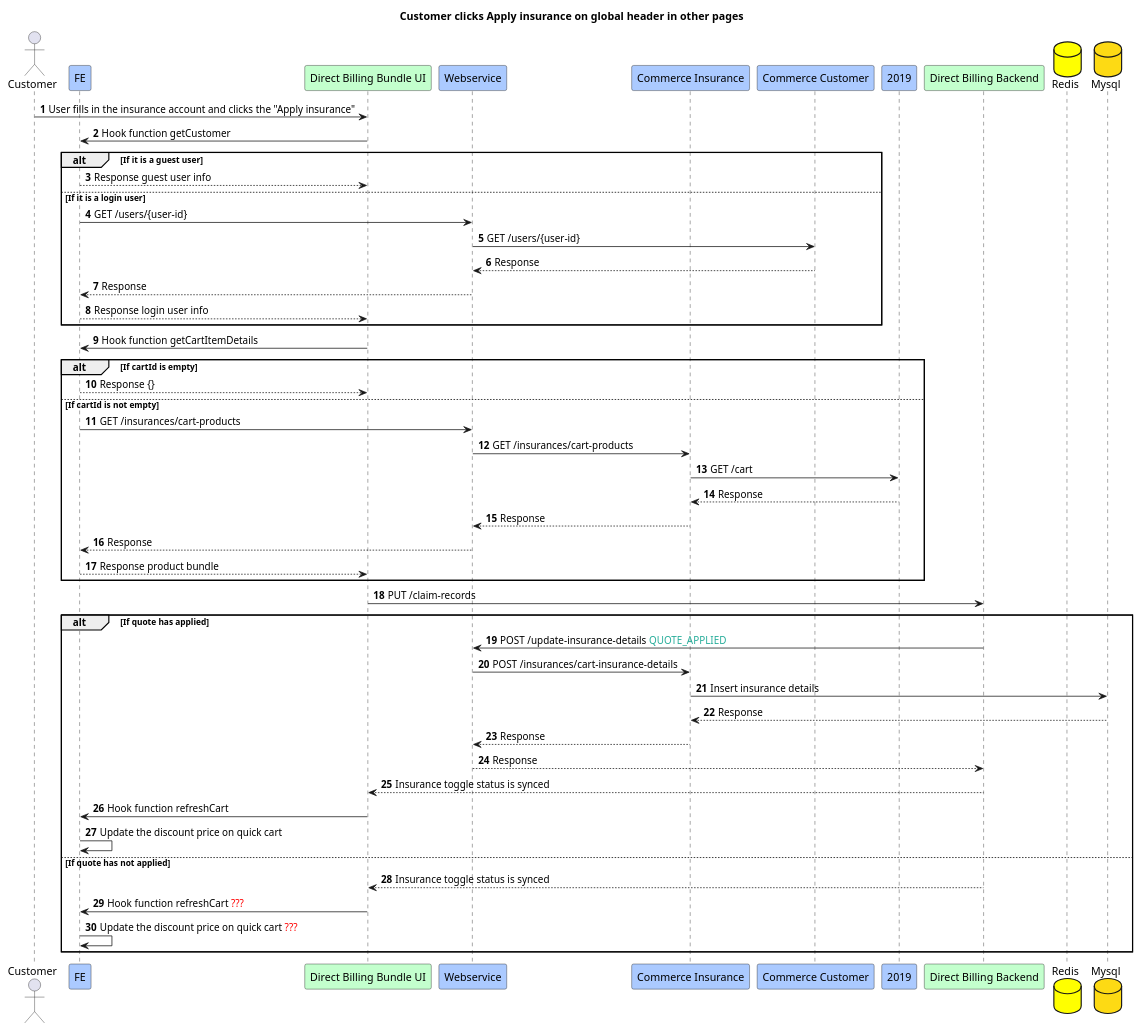
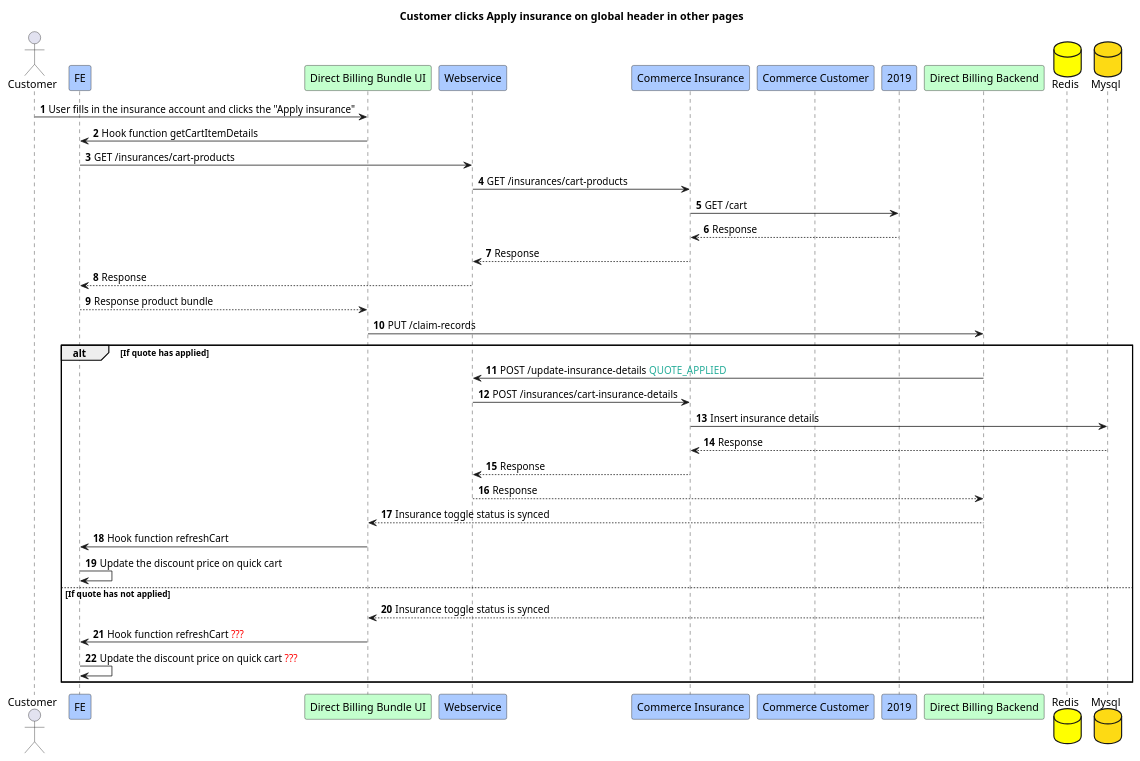
The diagram in 2.3.Customer clicks Apply insurance on global header in other pages.puml (Jayounger/EyeMed-Sequence-Diagram), drawn with PlantUML before and after one commit. The commit also changed 4 other files, not shown here.

```diff
--- a/2.3.Customer clicks Apply insurance on global header in other pages.puml
+++ b/2.3.Customer clicks Apply insurance on global header in other pages.puml
@@ -1,58 +1,44 @@
 @startuml
 title Customer clicks Apply insurance on global header in other pages
 actor Customer
 participant FE #abcaff
 participant "Direct Billing Bundle UI" #c3ffcd
 participant "Webservice" #abcaff
 participant "Commerce Insurance" #abcaff
 participant "Commerce Customer" #abcaff
 participant "2019" #abcaff
 participant "Direct Billing Backend" #c3ffcd
 database "Redis" #yellow
 database "Mysql" #fdda14
 
 autonumber
 Customer -> "Direct Billing Bundle UI":User fills in the insurance account and clicks the "Apply insurance"
-"Direct Billing Bundle UI" -> FE:Hook function getCustomer
-
-alt If it is a guest user
-    FE --> "Direct Billing Bundle UI":Response guest user info
-else If it is a login user
-    FE -> "Webservice":GET /users/{user-id}
-    "Webservice" -> "Commerce Customer":GET /users/{user-id}
-    "Commerce Customer" --> "Webservice":Response
-    "Webservice" --> FE:Response
-    FE --> "Direct Billing Bundle UI":Response login user info
-end
 
 "Direct Billing Bundle UI" -> FE:Hook function getCartItemDetails
-alt If cartId is empty
-    FE --> "Direct Billing Bundle UI":Response {}
-else If cartId is not empty
-    FE -> "Webservice":GET /insurances/cart-products
-    "Webservice" -> "Commerce Insurance":GET /insurances/cart-products
-    "Commerce Insurance" -> 2019:GET /cart
-    2019 --> "Commerce Insurance":Response
-    "Commerce Insurance" --> "Webservice":Response
-    "Webservice" --> FE:Response
-    FE --> "Direct Billing Bundle UI":Response product bundle
-end
+
+FE -> "Webservice":GET /insurances/cart-products
+"Webservice" -> "Commerce Insurance":GET /insurances/cart-products
+"Commerce Insurance" -> 2019:GET /cart
+2019 --> "Commerce Insurance":Response
+"Commerce Insurance" --> "Webservice":Response
+"Webservice" --> FE:Response
+FE --> "Direct Billing Bundle UI":Response product bundle
 
 "Direct Billing Bundle UI" -> "Direct Billing Backend": PUT /claim-records
 
 alt If quote has applied
     "Direct Billing Backend" -> "Webservice":POST /update-insurance-details <font color=#27ad9a>QUOTE_APPLIED
     "Webservice" -> "Commerce Insurance":POST /insurances/cart-insurance-details
     "Commerce Insurance" -> "Mysql":Insert insurance details
     "Mysql" --> "Commerce Insurance":Response
     "Commerce Insurance" --> "Webservice":Response
     "Webservice" --> "Direct Billing Backend":Response
     "Direct Billing Backend" --> "Direct Billing Bundle UI":Insurance toggle status is synced
     "Direct Billing Bundle UI" -> FE:Hook function refreshCart
     FE -> FE:Update the discount price on quick cart
 else If quote has not applied
     "Direct Billing Backend" --> "Direct Billing Bundle UI":Insurance toggle status is synced
     "Direct Billing Bundle UI" -> FE:Hook function refreshCart <font color=red>???
     FE -> FE:Update the discount price on quick cart <font color=red>???
 end
 @enduml
```
